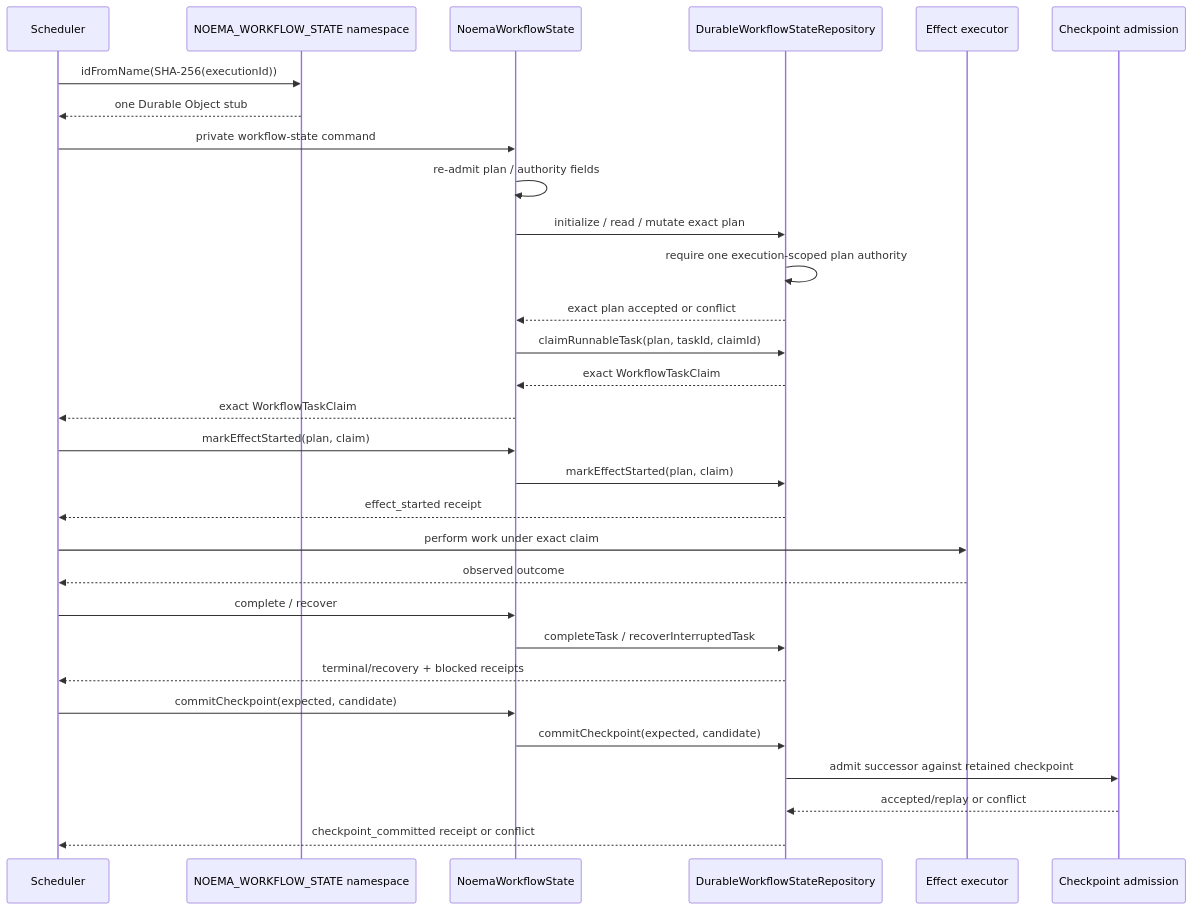
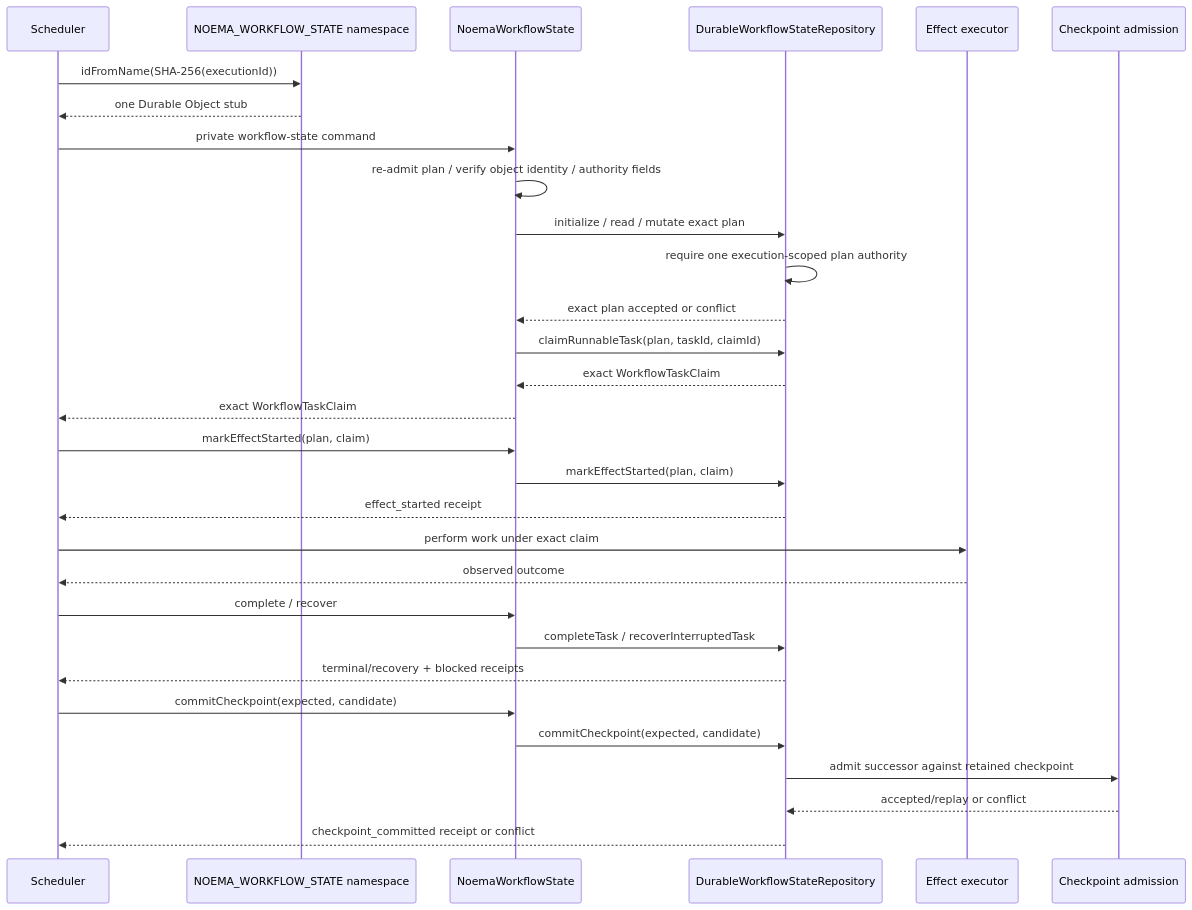
The diagram in docs/adr/0013-durable-workflow-execution-authority.md (ContextualWisdomLab/noema), drawn with Mermaid before and after one commit. The commit also changed other lines of this file, not shown here.

Commit message:
docs(adr): bind workflow authority to retained state integrity

````diff
--- a/docs/adr/0013-durable-workflow-execution-authority.md
+++ b/docs/adr/0013-durable-workflow-execution-authority.md
@@ -74,33 +76,33 @@
 ```mermaid
 sequenceDiagram
     participant S as Scheduler
     participant N as NOEMA_WORKFLOW_STATE namespace
     participant O as NoemaWorkflowState
     participant R as DurableWorkflowStateRepository
     participant E as Effect executor
     participant C as Checkpoint admission
 
     S->>N: idFromName(SHA-256(executionId))
     N-->>S: one Durable Object stub
     S->>O: private workflow-state command
-    O->>O: re-admit plan / authority fields
+    O->>O: re-admit plan / verify object identity / authority fields
     O->>R: initialize / read / mutate exact plan
     R->>R: require one execution-scoped plan authority
     R-->>O: exact plan accepted or conflict
     O->>R: claimRunnableTask(plan, taskId, claimId)
     R-->>O: exact WorkflowTaskClaim
     O-->>S: exact WorkflowTaskClaim
     S->>O: markEffectStarted(plan, claim)
     O->>R: markEffectStarted(plan, claim)
     R-->>S: effect_started receipt
     S->>E: perform work under exact claim
     E-->>S: observed outcome
     S->>O: complete / recover
     O->>R: completeTask / recoverInterruptedTask
     R-->>S: terminal/recovery + blocked receipts
     S->>O: commitCheckpoint(expected, candidate)
     O->>R: commitCheckpoint(expected, candidate)
     R->>C: admit successor against retained checkpoint
     C-->>R: accepted/replay or conflict
     R-->>S: checkpoint_committed receipt or conflict
 ```
````
